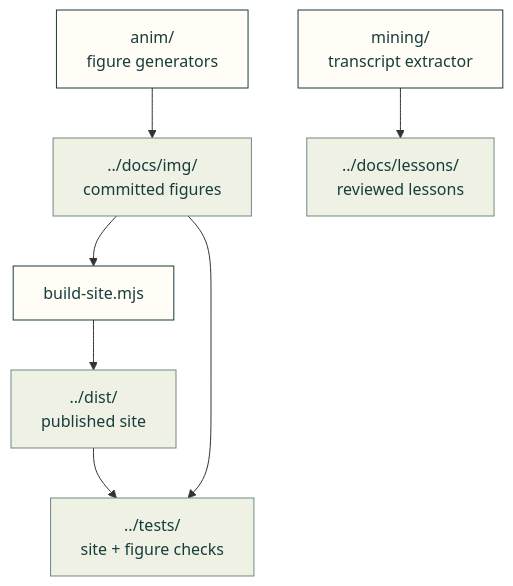
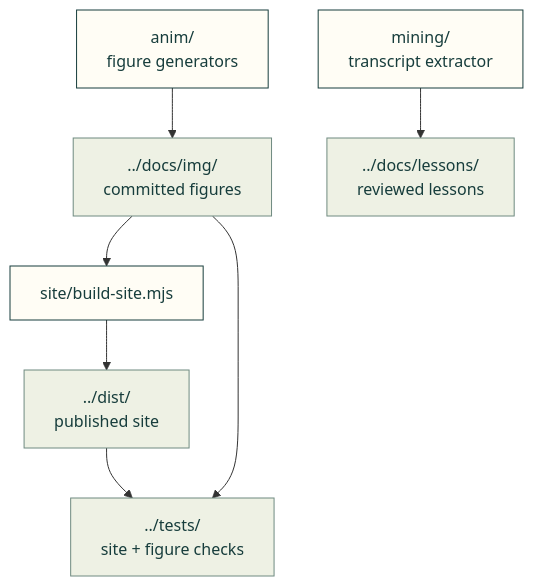
Before and after one commit to Valpatel/cad-agent: the diagram in tools/README.md, drawn with Mermaid. The commit also changed other lines of this file and 15 other files, not shown here.

````diff
--- a/tools/README.md
+++ b/tools/README.md
@@ -7,12 +7,12 @@
 ```mermaid
 flowchart TD
-    B["build-site.mjs"] --> S["../dist/<br/>published site"]
+    B["site/build-site.mjs"] --> S["../dist/<br/>published site"]
     A["anim/<br/>figure generators"] --> I["../docs/img/<br/>committed figures"]
     I --> B
     M["mining/<br/>transcript extractor"] --> L["../docs/lessons/<br/>reviewed lessons"]
     S & I --> T["../tests/<br/>site + figure checks"]
     classDef here fill:#fffdf5,stroke:#173d3c,color:#173d3c
     classDef near fill:#eef1e4,stroke:#6f8a80,color:#173d3c
     class B,A,M here
     class S,I,L,T near
 ```
````
